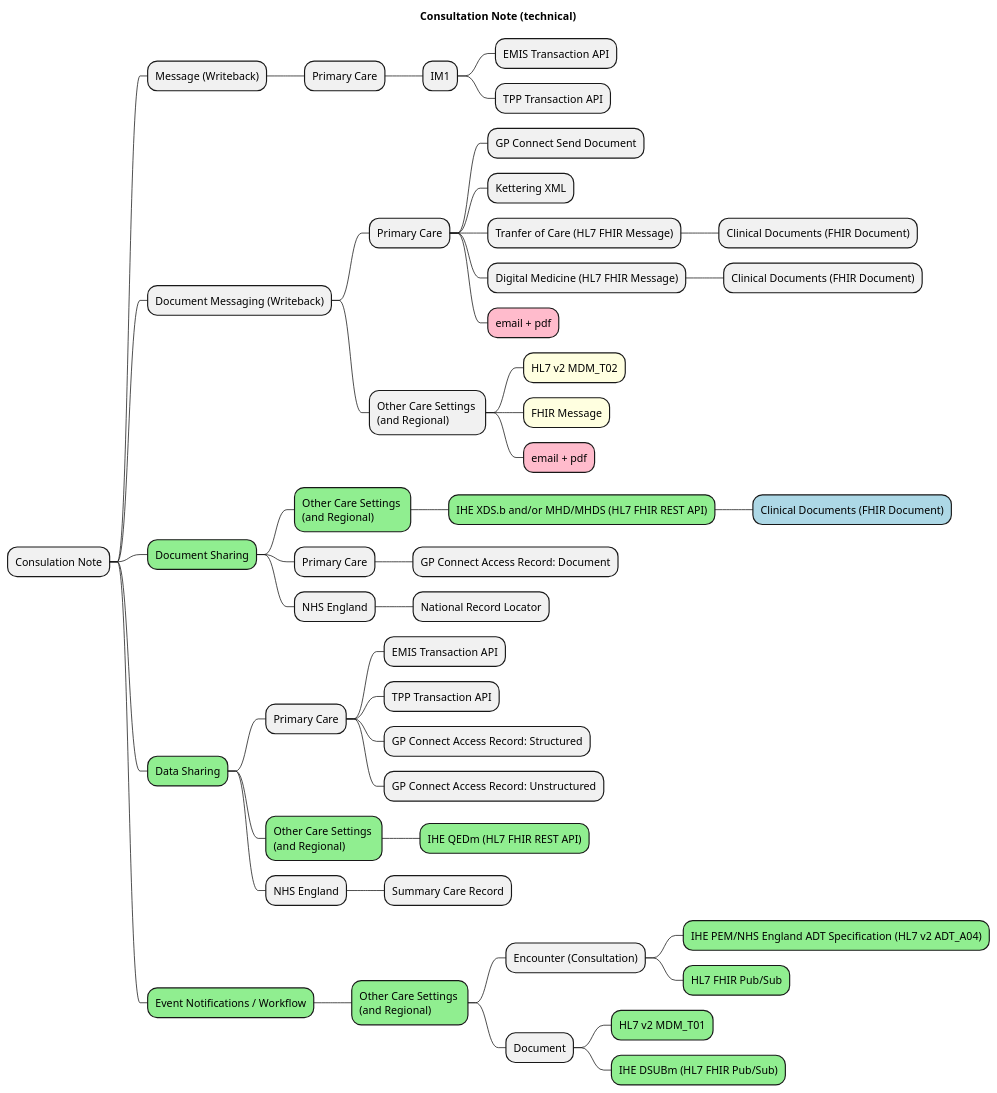
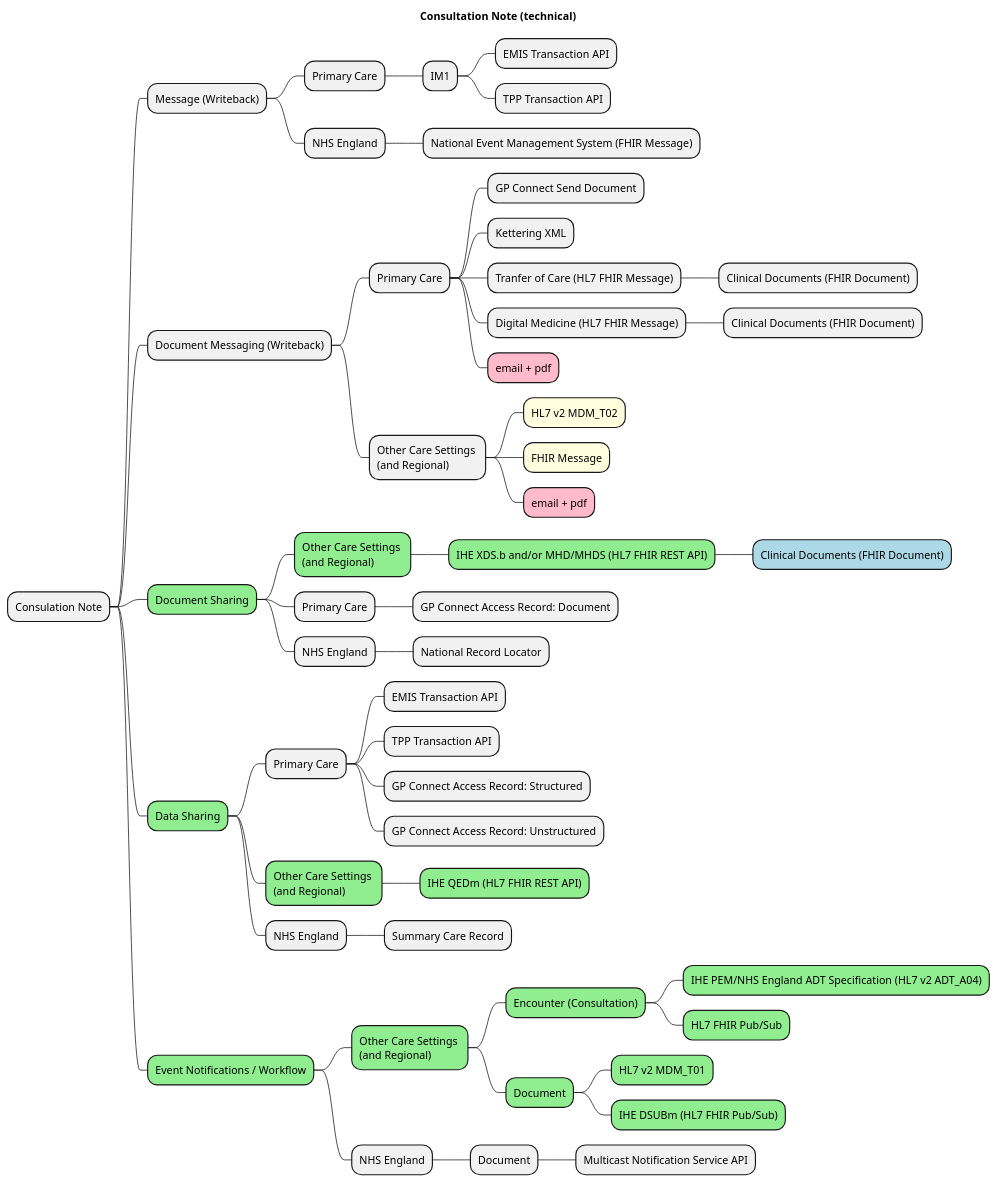
Before and after one commit to Virtually-Healthcare/virtually-healthcare.github.com: the diagram in input/images-source/consultation-note-technical-mindmap.plantuml, drawn with PlantUML.

Commit message:
Updated ADT message definitions

```diff
--- a/input/images-source/consultation-note-technical-mindmap.plantuml
+++ b/input/images-source/consultation-note-technical-mindmap.plantuml
@@ -1,54 +1,59 @@
 @startmindmap
 
 title "Consultation Note (technical)"
 
 skinparam svgDimensionStyle false
 
 * Consulation Note
 ** Message (Writeback)
 *** Primary Care
 **** IM1
 ***** EMIS Transaction API
 ***** TPP Transaction API
+*** NHS England
+**** National Event Management System (FHIR Message)
 ** Document Messaging (Writeback)
 *** Primary Care
 **** GP Connect Send Document
 **** Kettering XML
 **** Tranfer of Care (HL7 FHIR Message)
 ***** Clinical Documents (FHIR Document)
 **** Digital Medicine (HL7 FHIR Message)
 ***** Clinical Documents (FHIR Document)
 ****[#FFBBCC] email + pdf
 *** Other Care Settings \n(and Regional)
 ****[#lightyellow] HL7 v2 MDM_T02
 ****[#lightyellow] FHIR Message
 ****[#FFBBCC] email + pdf
 **[#lightgreen] Document Sharing
 ***[#lightgreen] Other Care Settings \n(and Regional)
 ****[#lightgreen] IHE XDS.b and/or MHD/MHDS (HL7 FHIR REST API)
 *****[#lightblue] Clinical Documents (FHIR Document)
 *** Primary Care
 **** GP Connect Access Record: Document
 *** NHS England
 **** National Record Locator
 **[#lightgreen] Data Sharing
 *** Primary Care
 **** EMIS Transaction API
 **** TPP Transaction API
 **** GP Connect Access Record: Structured
 **** GP Connect Access Record: Unstructured
 ***[#lightgreen] Other Care Settings \n(and Regional)
 ****[#lightgreen] IHE QEDm (HL7 FHIR REST API)
 *** NHS England
 **** Summary Care Record
 **[#lightgreen] Event Notifications / Workflow
 ***[#lightgreen] Other Care Settings \n(and Regional)
-**** Encounter (Consultation)
+****[#lightgreen] Encounter (Consultation)
 *****[#lightgreen] IHE PEM/NHS England ADT Specification (HL7 v2 ADT_A04)
 *****[#lightgreen] HL7 FHIR Pub/Sub
-**** Document
+****[#lightgreen] Document
 *****[#lightgreen] HL7 v2 MDM_T01
 *****[#lightgreen] IHE DSUBm (HL7 FHIR Pub/Sub)
+*** NHS England
+**** Document
+***** Multicast Notification Service API
 
 
 @endmindmap
```
